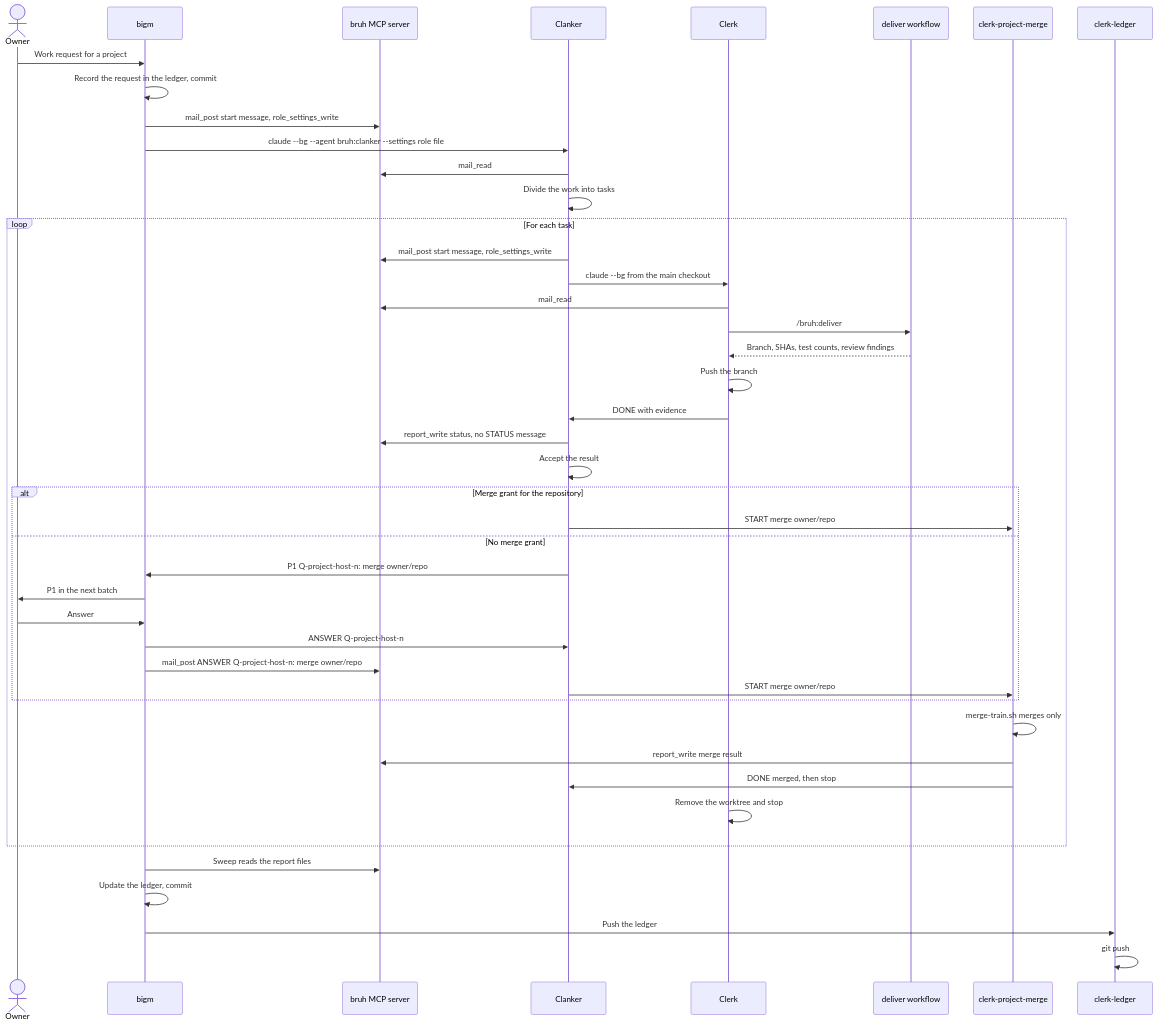
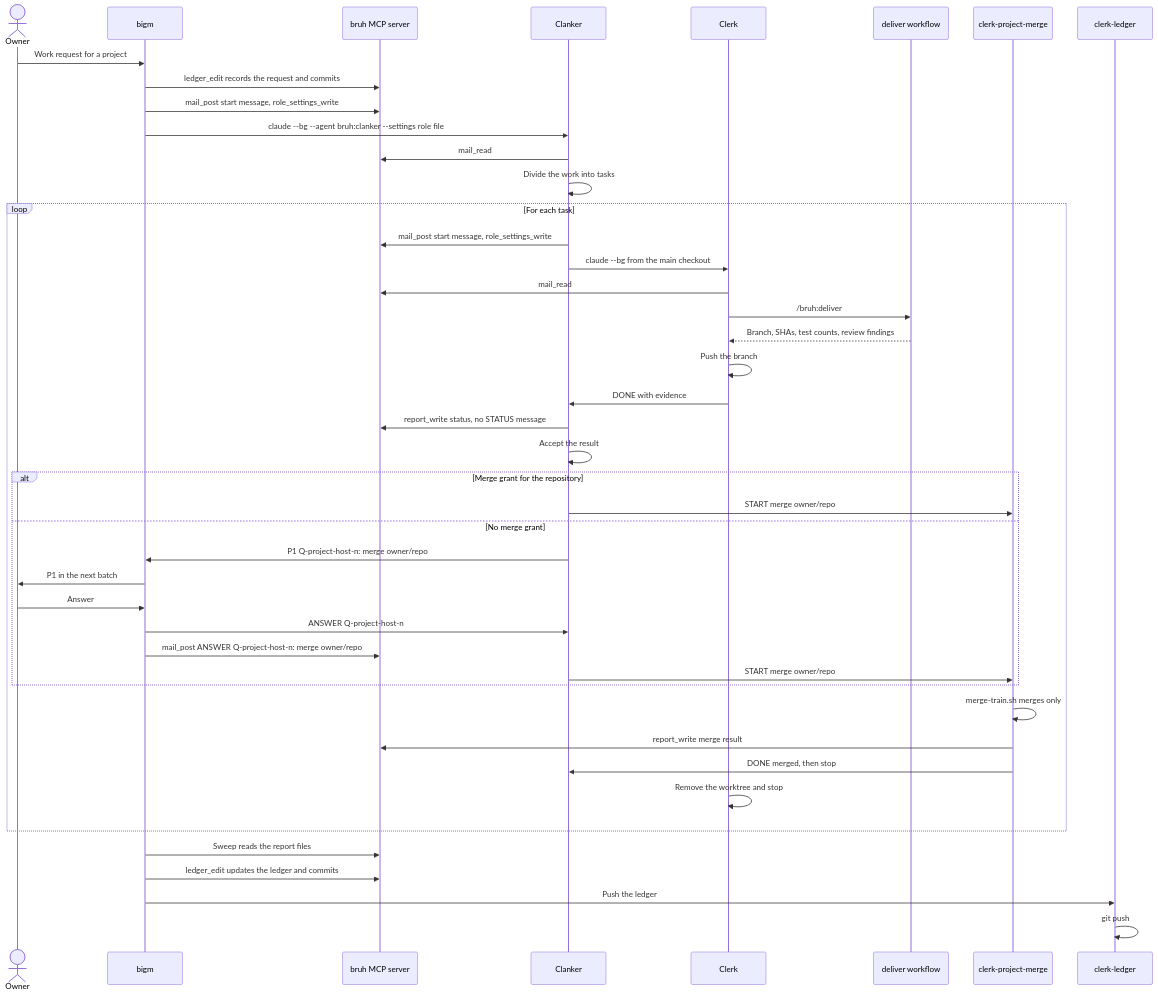
Before and after one commit to oter/bruh: the second of 7 diagrams in docs/flow.md, drawn with Mermaid. The commit also changed other lines of this file and 8 other files, not shown here.

First line of the commit message:
Document ledger_edit as built and update its dependents (spec 8.7, design.md L55)

````diff
--- a/docs/flow.md
+++ b/docs/flow.md
@@ -65,46 +65,46 @@
 ```mermaid
 sequenceDiagram
     actor Owner
     participant bigm
     participant MCP as bruh MCP server
     participant Clanker
     participant Clerk
     participant WF as deliver workflow
     participant Merger as clerk-project-merge
     participant CL as clerk-ledger
     Owner->>bigm: Work request for a project
-    bigm->>bigm: Record the request in the ledger, commit
+    bigm->>MCP: ledger_edit records the request and commits
     bigm->>MCP: mail_post start message, role_settings_write
     bigm->>Clanker: claude --bg --agent bruh:clanker --settings role file
     Clanker->>MCP: mail_read
     Clanker->>Clanker: Divide the work into tasks
     loop For each task
         Clanker->>MCP: mail_post start message, role_settings_write
         Clanker->>Clerk: claude --bg from the main checkout
         Clerk->>MCP: mail_read
         Clerk->>WF: /bruh:deliver
         WF-->>Clerk: Branch, SHAs, test counts, review findings
         Clerk->>Clerk: Push the branch
         Clerk->>Clanker: DONE with evidence
         Clanker->>MCP: report_write status, no STATUS message
         Clanker->>Clanker: Accept the result
         alt Merge grant for the repository
             Clanker->>Merger: START merge owner/repo#n with the grant as the cover
         else No merge grant
             Clanker->>bigm: P1 Q-project-host-n: merge owner/repo#n?
             bigm->>Owner: P1 in the next batch
             Owner->>bigm: Answer
             bigm->>Clanker: ANSWER Q-project-host-n
             bigm->>MCP: mail_post ANSWER Q-project-host-n: merge owner/repo#n approved, to clerk-project-merge
             Clanker->>Merger: START merge owner/repo#n with the ANSWER as the cover
         end
         Merger->>Merger: merge-train.sh merges only #n, confirms with the code host API
         Merger->>MCP: report_write merge result
         Merger->>Clanker: DONE merged, then stop
         Clerk->>Clerk: Remove the worktree and stop
     end
     bigm->>MCP: Sweep reads the report files
-    bigm->>bigm: Update the ledger, commit
+    bigm->>MCP: ledger_edit updates the ledger and commits
     bigm->>CL: Push the ledger
     CL->>CL: git push
 ```
````
